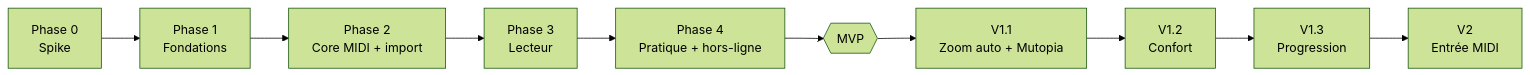
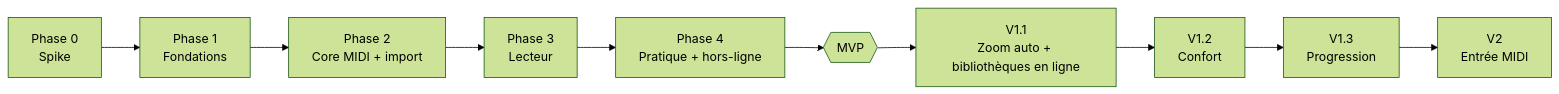
The diagram in docs/05-roadmap.md (Pierre-gaillard-dev/open-keys), drawn with Mermaid (forest theme) before and after one commit. The commit also changed other lines of this file and 7 other files, not shown here.

````diff
--- a/docs/05-roadmap.md
+++ b/docs/05-roadmap.md
@@ -5,12 +5,12 @@
 ```mermaid
 flowchart LR
   P0[Phase 0<br/>Spike] --> P1[Phase 1<br/>Fondations]
   P1 --> P2[Phase 2<br/>Core MIDI + import]
   P2 --> P3[Phase 3<br/>Lecteur]
   P3 --> P4[Phase 4<br/>Pratique + hors-ligne]
   P4 --> MVP{{MVP}}
-  MVP --> V11[V1.1<br/>Zoom auto + Mutopia]
+  MVP --> V11[V1.1<br/>Zoom auto + bibliothèques en ligne]
   V11 --> V12[V1.2<br/>Confort]
   V12 --> V13[V1.3<br/>Progression]
   V13 --> V2[V2<br/>Entrée MIDI]
 ```
````
